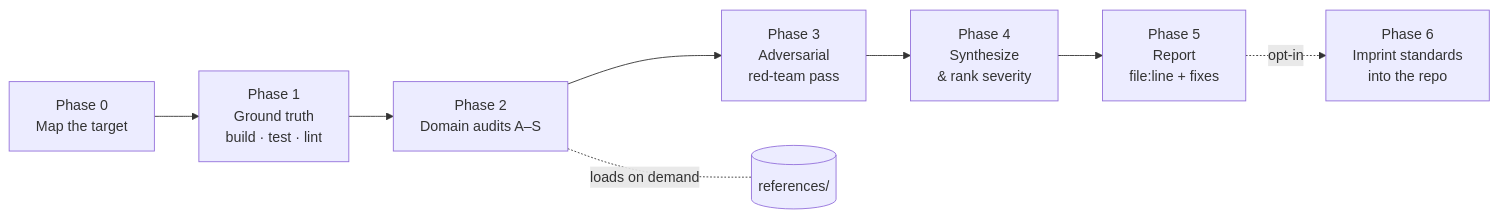
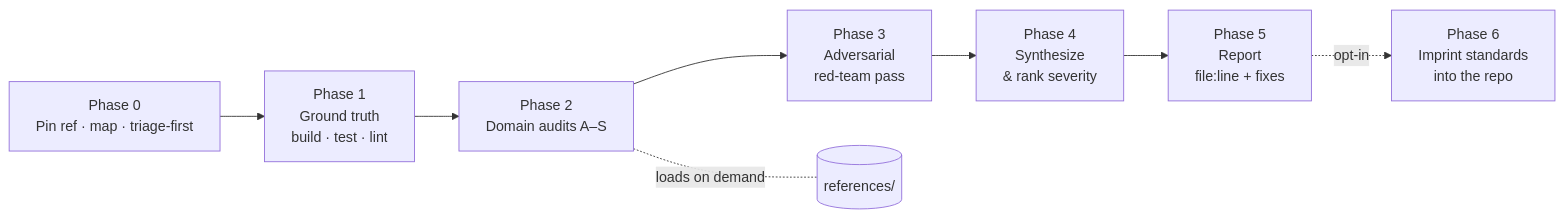
Before and after one commit to remigiusz-antczak/deep-code-review: the diagram in README.md, drawn with Mermaid. The commit also changed other lines of this file and 4 other files, not shown here.

````diff
--- a/README.md
+++ b/README.md
@@ -106,10 +106,10 @@
 ```mermaid
 flowchart LR
-  P0[Phase 0<br/>Map the target] --> P1[Phase 1<br/>Ground truth<br/>build · test · lint]
+  P0[Phase 0<br/>Pin ref · map · triage-first] --> P1[Phase 1<br/>Ground truth<br/>build · test · lint]
   P1 --> P2[Phase 2<br/>Domain audits A–S]
   P2 --> P3[Phase 3<br/>Adversarial<br/>red-team pass]
   P3 --> P4[Phase 4<br/>Synthesize<br/>& rank severity]
   P4 --> P5[Phase 5<br/>Report<br/>file:line + fixes]
   P5 -.opt-in.-> P6[Phase 6<br/>Imprint standards<br/>into the repo]
   P2 -. loads on demand .- R[(references/)]
 ```
````
